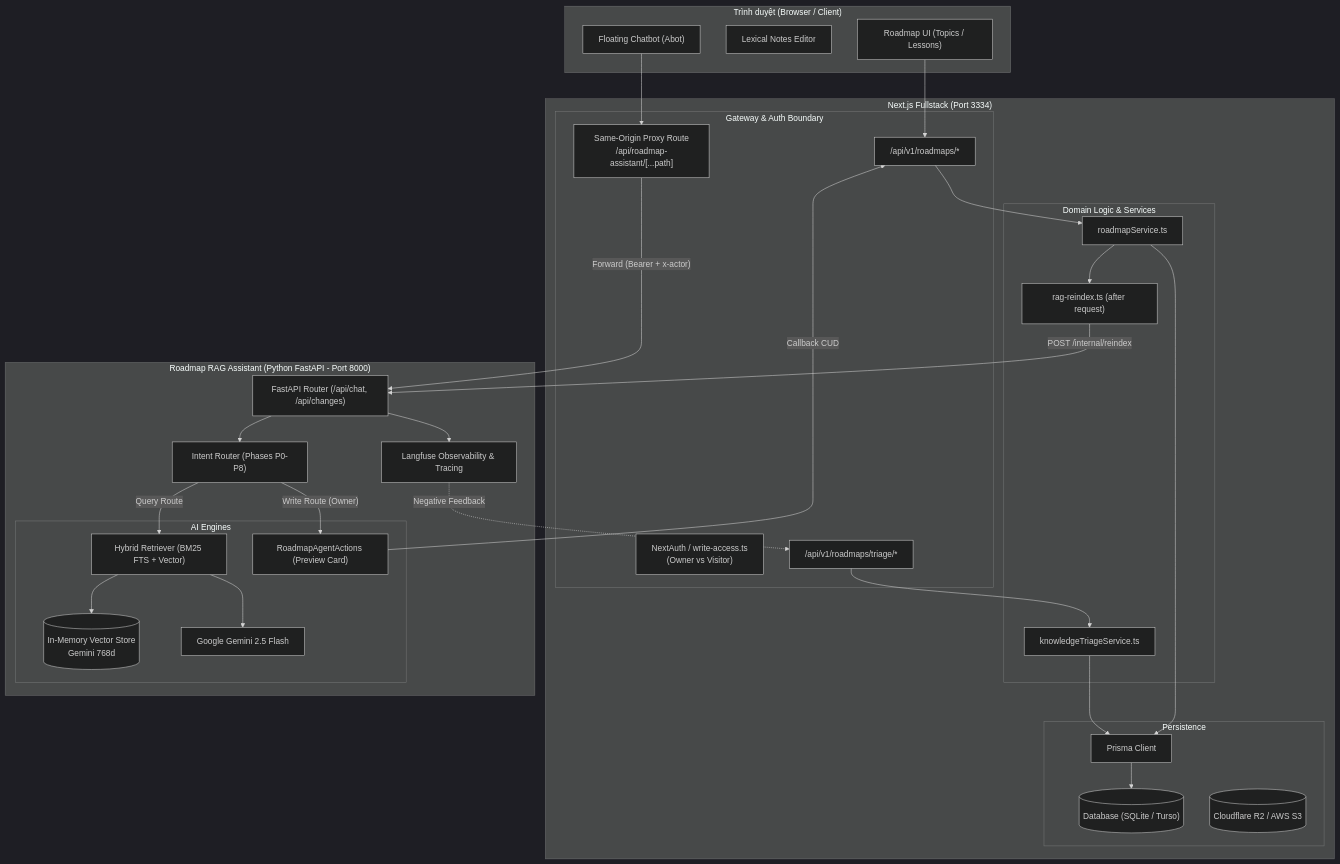
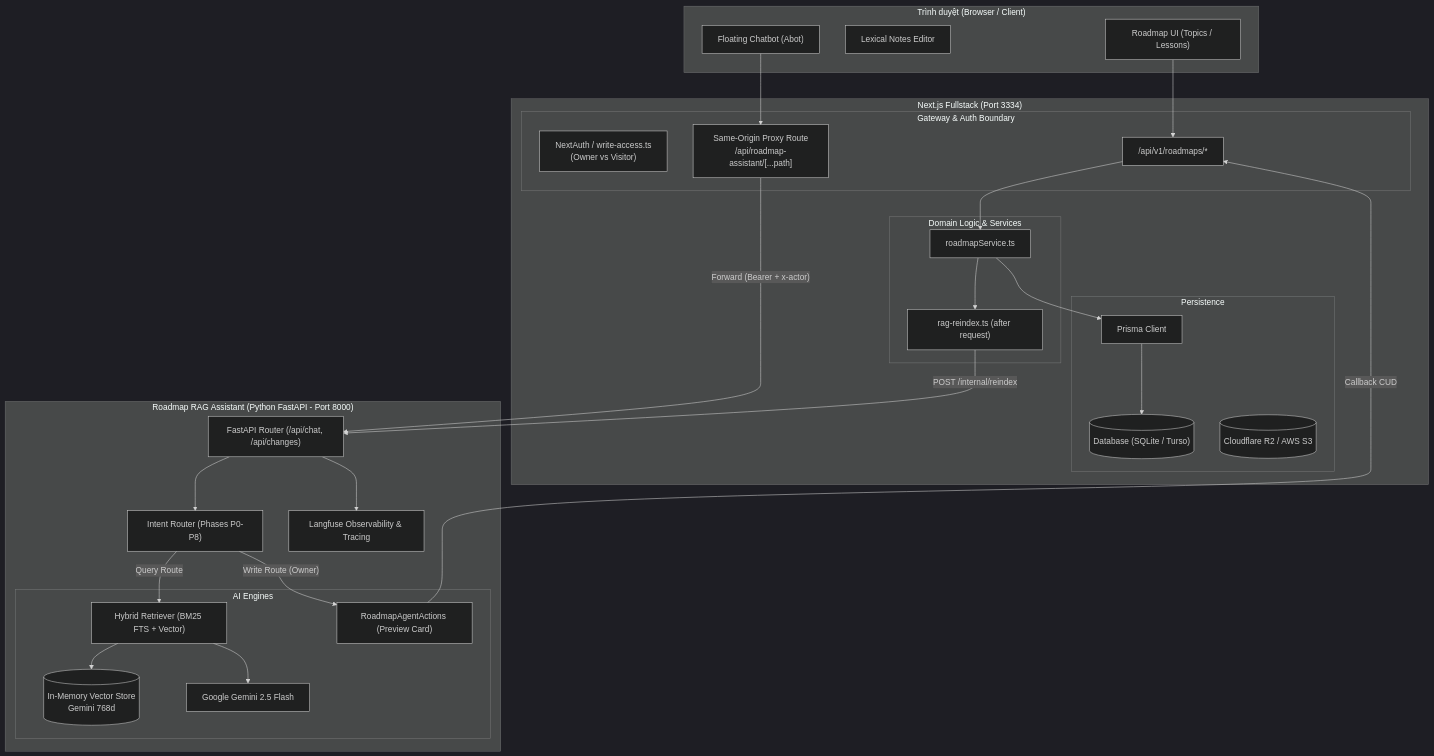
Before and after one commit to CrisNguyen2025/crisne-website: the first of 4 diagrams in docs/code-intel/CRIS_WORKSPACE_MAP.md, drawn with Mermaid (dark theme). The commit also changed other lines of this file and 36 other files, not shown here.

````diff
--- a/docs/code-intel/CRIS_WORKSPACE_MAP.md
+++ b/docs/code-intel/CRIS_WORKSPACE_MAP.md
@@ -15,65 +15,61 @@
 ```mermaid
 graph TB
     subgraph Browser_Client ["Trình duyệt (Browser / Client)"]
         UI_Roadmap["Roadmap UI (Topics / Lessons)"]
         UI_Lexical["Lexical Notes Editor"]
         UI_FloatingBot["Floating Chatbot (Abot)"]
     end
 
     subgraph NextJS_AppRouter ["Next.js Fullstack (Port 3334)"]
         subgraph Gateway_Layer ["Gateway & Auth Boundary"]
             AuthCheck["NextAuth / write-access.ts<br/>(Owner vs Visitor)"]
             Proxy_Route["Same-Origin Proxy Route<br/>/api/roadmap-assistant/[...path]"]
             API_Roadmap["/api/v1/roadmaps/*"]
-            API_Triage["/api/v1/roadmaps/triage/*"]
         end
 
         subgraph Service_Layer ["Domain Logic & Services"]
             RoadmapService["roadmapService.ts"]
-            TriageService["knowledgeTriageService.ts"]
             ReindexHook["rag-reindex.ts (after request)"]
         end
 
         subgraph Storage_Layer ["Persistence"]
             PrismaORM["Prisma Client"]
             SQLiteTurso[("Database (SQLite / Turso)")]
             S3R2[("Cloudflare R2 / AWS S3")]
         end
     end
 
     subgraph Python_Microservice ["Roadmap RAG Assistant (Python FastAPI - Port 8000)"]
         FastAPI_Server["FastAPI Router (/api/chat, /api/changes)"]
         IntentRouter["Intent Router (Phases P0-P8)"]
 
         subgraph AI_Engine ["AI Engines"]
             HybridRAG["Hybrid Retriever (BM25 FTS + Vector)"]
             InMemoryStore[("In-Memory Vector Store<br/>Gemini 768d")]
             CUDActions["RoadmapAgentActions (Preview Card)"]
             GeminiLLM["Google Gemini 2.5 Flash"]
         end
 
         LangfuseObs["Langfuse Observability & Tracing"]
     end
 
     %% Client calls
     UI_Roadmap --> API_Roadmap
     UI_FloatingBot --> Proxy_Route
 
     %% Gateway & Routing
     API_Roadmap --> RoadmapService --> PrismaORM
-    API_Triage --> TriageService --> PrismaORM
     PrismaORM --> SQLiteTurso
 
     %% Proxying to Python
     Proxy_Route -- "Forward (Bearer + x-actor)" --> FastAPI_Server
     FastAPI_Server --> IntentRouter
     IntentRouter -- "Query Route" --> HybridRAG --> InMemoryStore
     HybridRAG --> GeminiLLM
     IntentRouter -- "Write Route (Owner)" --> CUDActions
     CUDActions -- "Callback CUD" --> API_Roadmap
     RoadmapService --> ReindexHook -- "POST /internal/reindex" --> FastAPI_Server
 
     %% Observability
     FastAPI_Server --> LangfuseObs
-    LangfuseObs -. "Negative Feedback" .-> API_Triage
 ```
````
